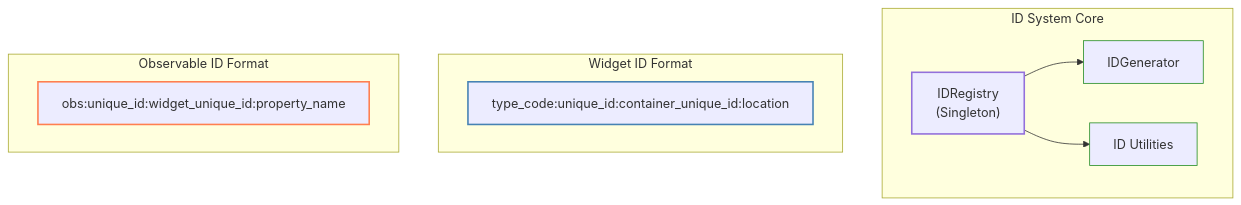
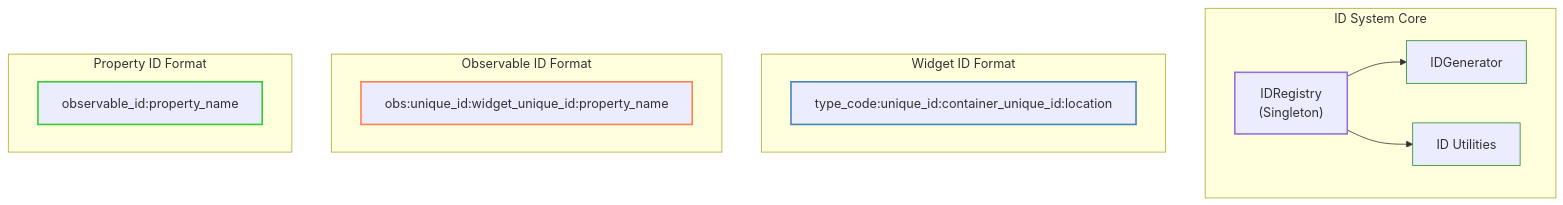
One commit to maro7tigre/PySignalDecipher changed the first of 2 diagrams in command_system/docs/id_system.md. Above: the diagram before and after it, drawn with Mermaid. The commit also changed other lines of this file and 4 other files, not shown here.

````diff
--- a/command_system/docs/id_system.md
+++ b/command_system/docs/id_system.md
@@ -9,25 +9,30 @@
 ```mermaid
 flowchart TD
     subgraph "ID System Core"
         IDRegistry["IDRegistry\n(Singleton)"]
         IDGenerator["IDGenerator"]
         IDUtils["ID Utilities"]
     end
     
     subgraph "Widget ID Format"
         WidgetFormat["type_code:unique_id:container_unique_id:location"]
     end
     
     subgraph "Observable ID Format"
         ObservableFormat["obs:unique_id:widget_unique_id:property_name"]
     end
     
+    subgraph "Property ID Format"
+        PropertyFormat["observable_id:property_name"]
+    end
+    
     IDRegistry --> IDGenerator
     IDRegistry --> IDUtils
     
     style IDRegistry stroke:#9370db,stroke-width:2px
     style IDGenerator stroke:#228b22,stroke-width:1px
     style IDUtils stroke:#228b22,stroke-width:1px
     style WidgetFormat stroke:#4682b4,stroke-width:2px
     style ObservableFormat stroke:#ff7f50,stroke-width:2px
+    style PropertyFormat stroke:#32cd32,stroke-width:2px
 ```
````
